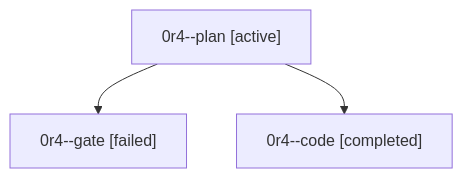
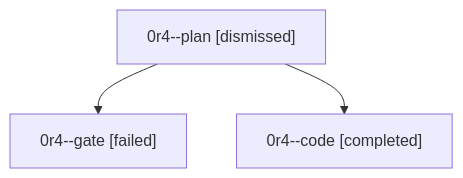
One commit to sase-org/sase--agents changed the diagram in sessions/bbugyi200.athena.0r4.md. Above: the diagram before and after it, drawn with Mermaid. The commit also changed other lines of this file and 30 other files, not shown here.

````diff
--- a/sessions/bbugyi200.athena.0r4.md
+++ b/sessions/bbugyi200.athena.0r4.md
@@ -9,8 +9,8 @@
 ```mermaid
 flowchart TD
-  n0["0r4--plan [active]"]
+  n0["0r4--plan [dismissed]"]
   n1["0r4--gate [failed]"]
   n0 --> n1
   n2["0r4--code [completed]"]
   n0 --> n2
 ```
````
